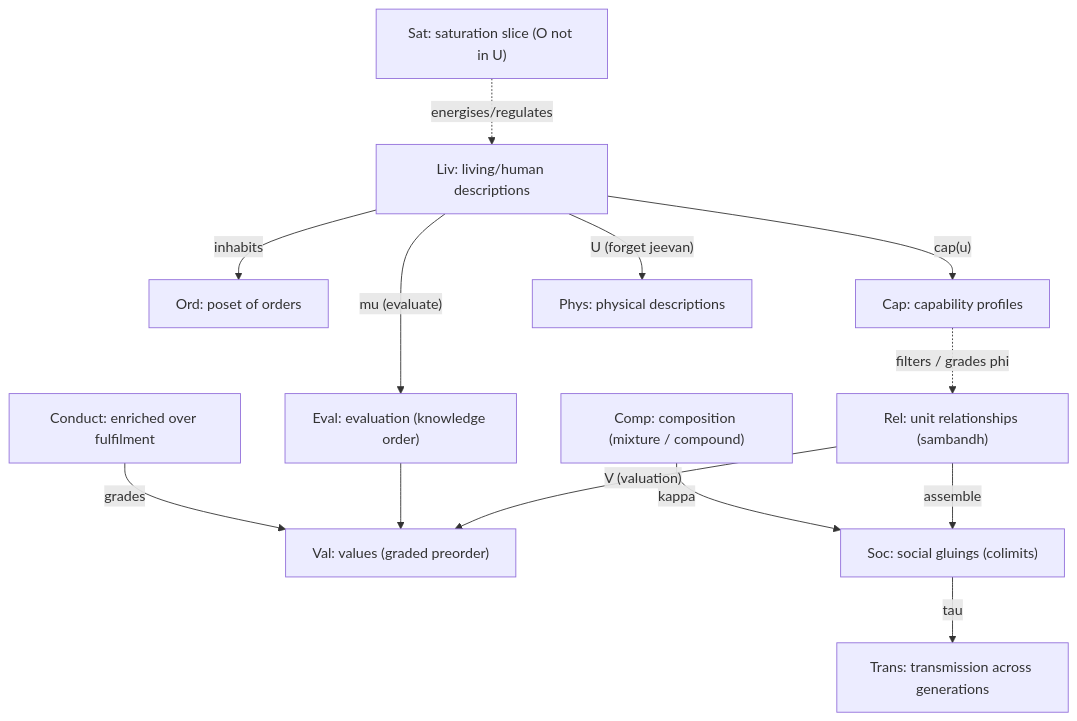
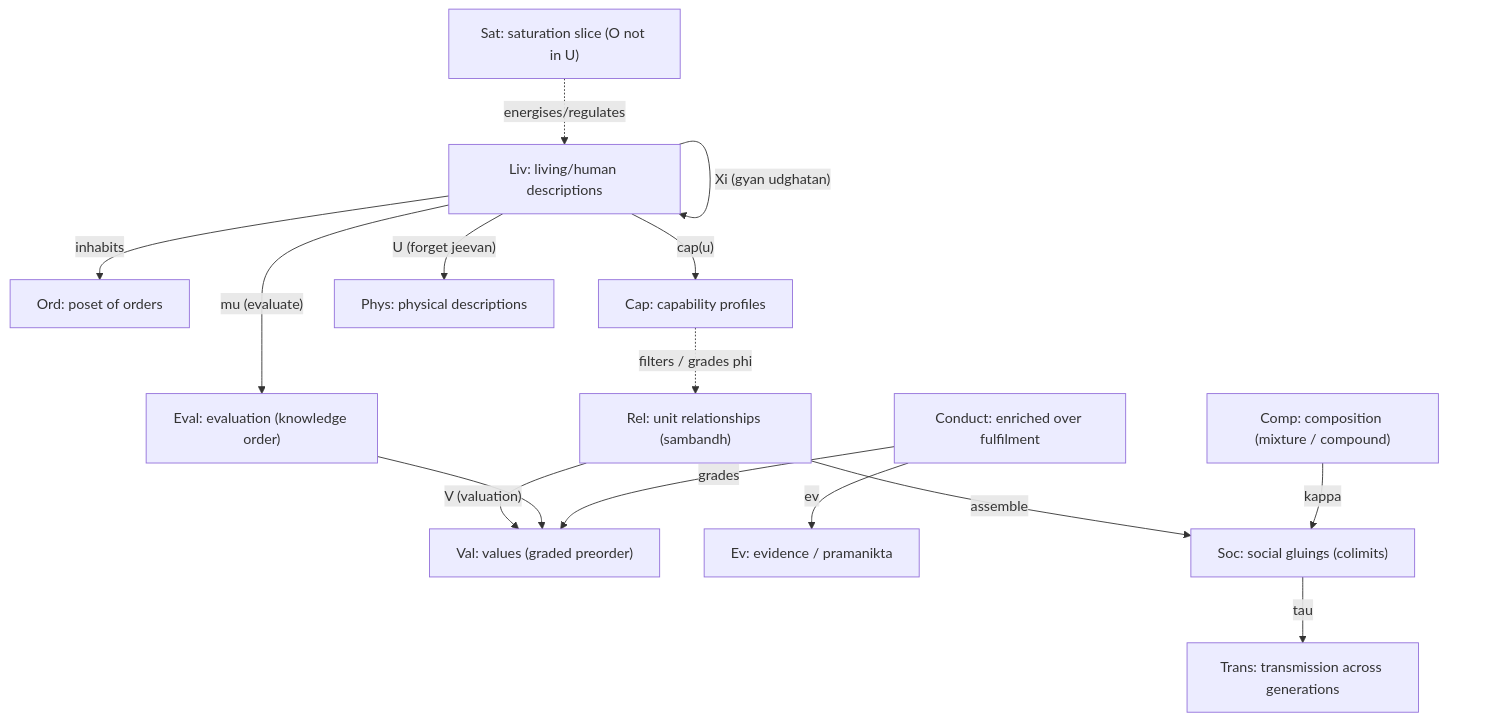
One commit to raghavamohan/AnalyticMadhyasthDarshan changed the eighth of 13 diagrams in Studies/Category-Theory-Explained/Category-Theory-Explained.md. Above: the diagram before and after it, drawn with Mermaid. The commit also changed other lines of this file and 4 other files, not shown here.

````diff
--- a/Studies/Category-Theory-Explained/Category-Theory-Explained.md
+++ b/Studies/Category-Theory-Explained/Category-Theory-Explained.md
@@ -247,28 +257,31 @@
 ```mermaid
 flowchart TD
     Sat["Sat: saturation slice (O not in U)"]
     Ord["Ord: poset of orders"]
     Cap["Cap: capability profiles"]
     Phys["Phys: physical descriptions"]
     Liv["Liv: living/human descriptions"]
     Rel["Rel: unit relationships (sambandh)"]
     Val["Val: values (graded preorder)"]
     Eval["Eval: evaluation (knowledge order)"]
+    Ev["Ev: evidence / pramanikta"]
     Conduct["Conduct: enriched over fulfilment"]
     Comp["Comp: composition (mixture / compound)"]
     Soc["Soc: social gluings (colimits)"]
     Trans["Trans: transmission across generations"]
 
     Sat -.->|"energises/regulates"| Liv
     Liv -->|"cap(u)"| Cap
     Cap -.->|"filters / grades phi"| Rel
     Liv -->|"U (forget jeevan)"| Phys
     Rel -->|"V (valuation)"| Val
     Rel -->|"assemble"| Soc
     Comp -->|"kappa"| Soc
     Liv -->|"mu (evaluate)"| Eval
+    Liv -->|"Xi (gyan udghatan)"| Liv
     Eval --> Val
+    Conduct -->|"ev"| Ev
     Conduct -->|"grades"| Val
     Liv -->|"inhabits"| Ord
     Soc -->|"tau"| Trans
 ```
````
